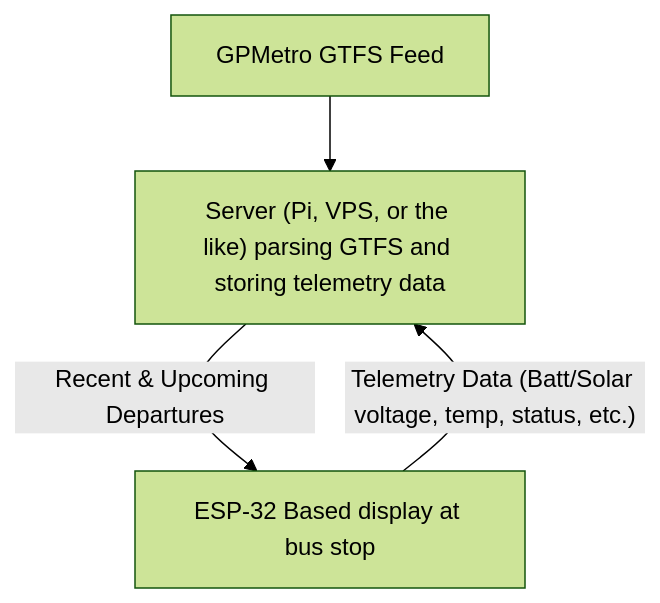
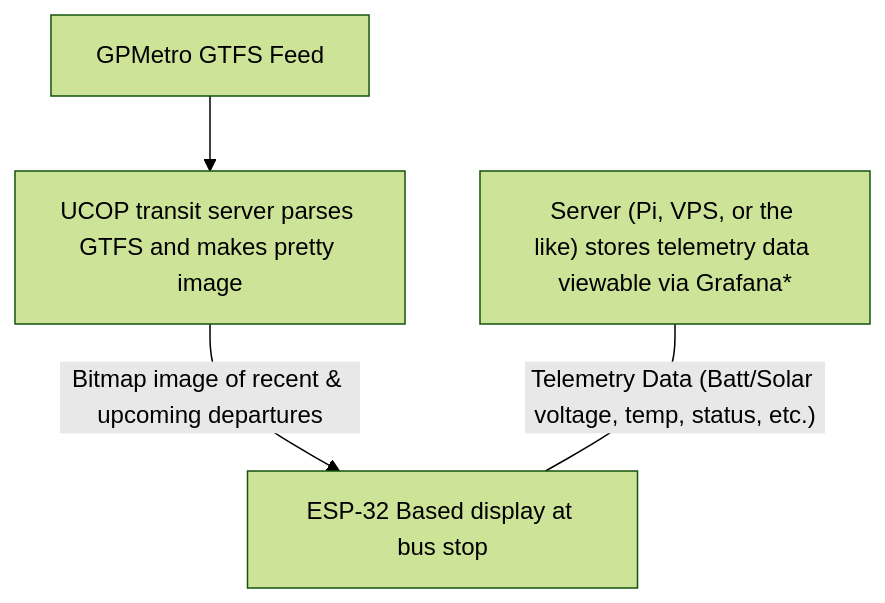
Before and after one commit to maland16/bus-departure-board: the diagram in README.md, drawn with Mermaid (forest theme). The commit also changed other lines of this file, not shown here.

````diff
--- a/README.md
+++ b/README.md
@@ -6,8 +6,9 @@
 ```mermaid
 graph TD;
 
-    A[GPMetro GTFS Feed] --> B["Server (Pi, VPS, or the like) parsing GTFS and storing telemetry data"];
-    B -->|Recent & Upcoming Departures|C[ESP-32 Based display at bus stop];
+    A[GPMetro GTFS Feed] --> B["UCOP transit server parses GTFS and makes pretty image"];
+    
+    B -->|Bitmap image of recent & upcoming departures|C[ESP-32 Based display at bus stop];
 
-    C -->|"Telemetry Data (Batt/Solar voltage, temp, status, etc.)"|B;
+    D["Server (Pi, VPS, or the like) stores telemetry data viewable via Grafana*"] ---|"Telemetry Data (Batt/Solar voltage, temp, status, etc.)"|C;
 ```
````
